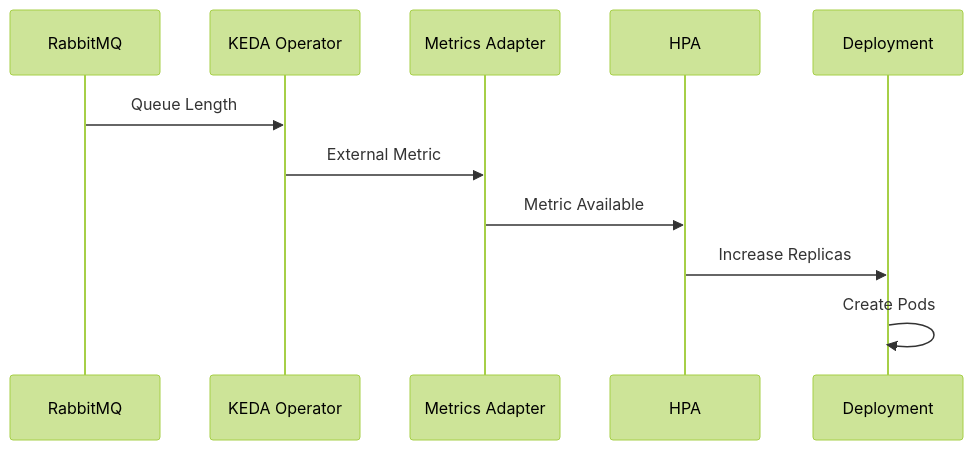
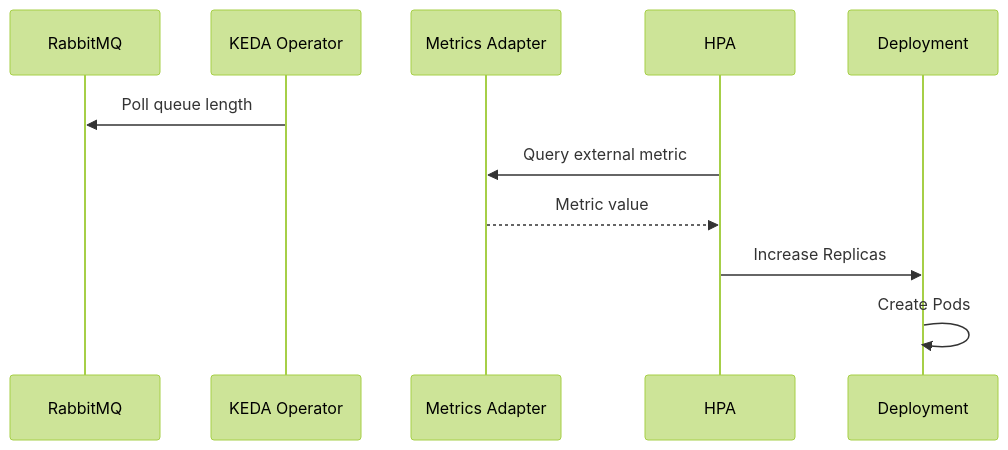
One commit to user-cube/k8s-autoscaling changed the third of 3 diagrams in content/07 - KEDA/02 - KEDA Architecture.md. Above: the diagram before and after it, drawn with Mermaid (forest theme). The commit also changed other lines of this file and 14 other files, not shown here.

````diff
--- a/content/07 - KEDA/02 - KEDA Architecture.md
+++ b/content/07 - KEDA/02 - KEDA Architecture.md
@@ -89,15 +96,15 @@
 ```mermaid
 sequenceDiagram
 
 participant Queue as RabbitMQ
 participant Operator as KEDA Operator
 participant Adapter as Metrics Adapter
 participant HPA
 participant Deployment
 
-Queue->>Operator: Queue Length
-Operator->>Adapter: External Metric
-Adapter->>HPA: Metric Available
+Operator->>Queue: Poll queue length
+HPA->>Adapter: Query external metric
+Adapter-->>HPA: Metric value
 HPA->>Deployment: Increase Replicas
 Deployment->>Deployment: Create Pods
 ```
````
